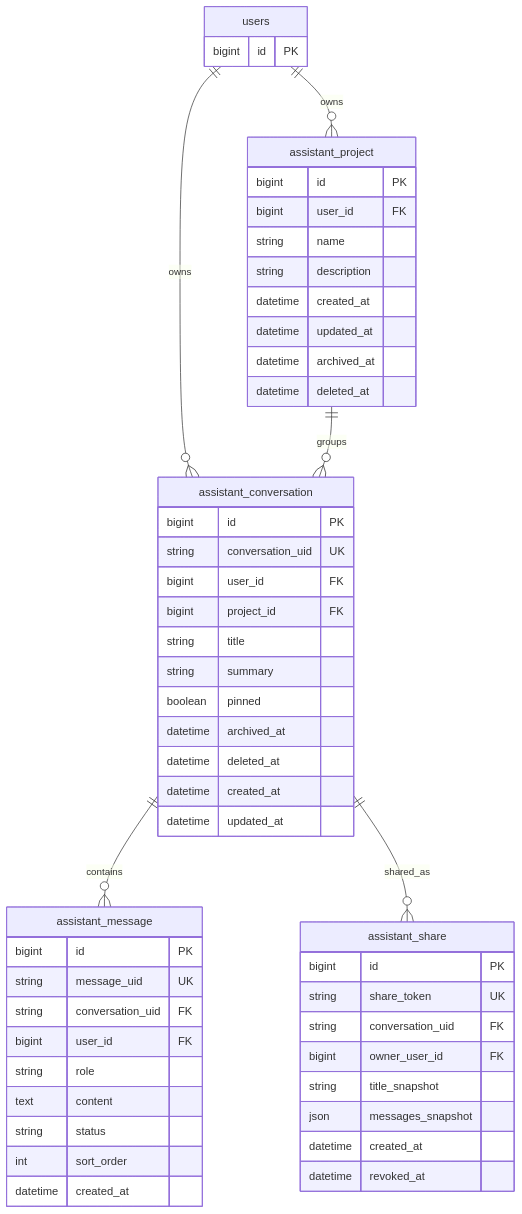
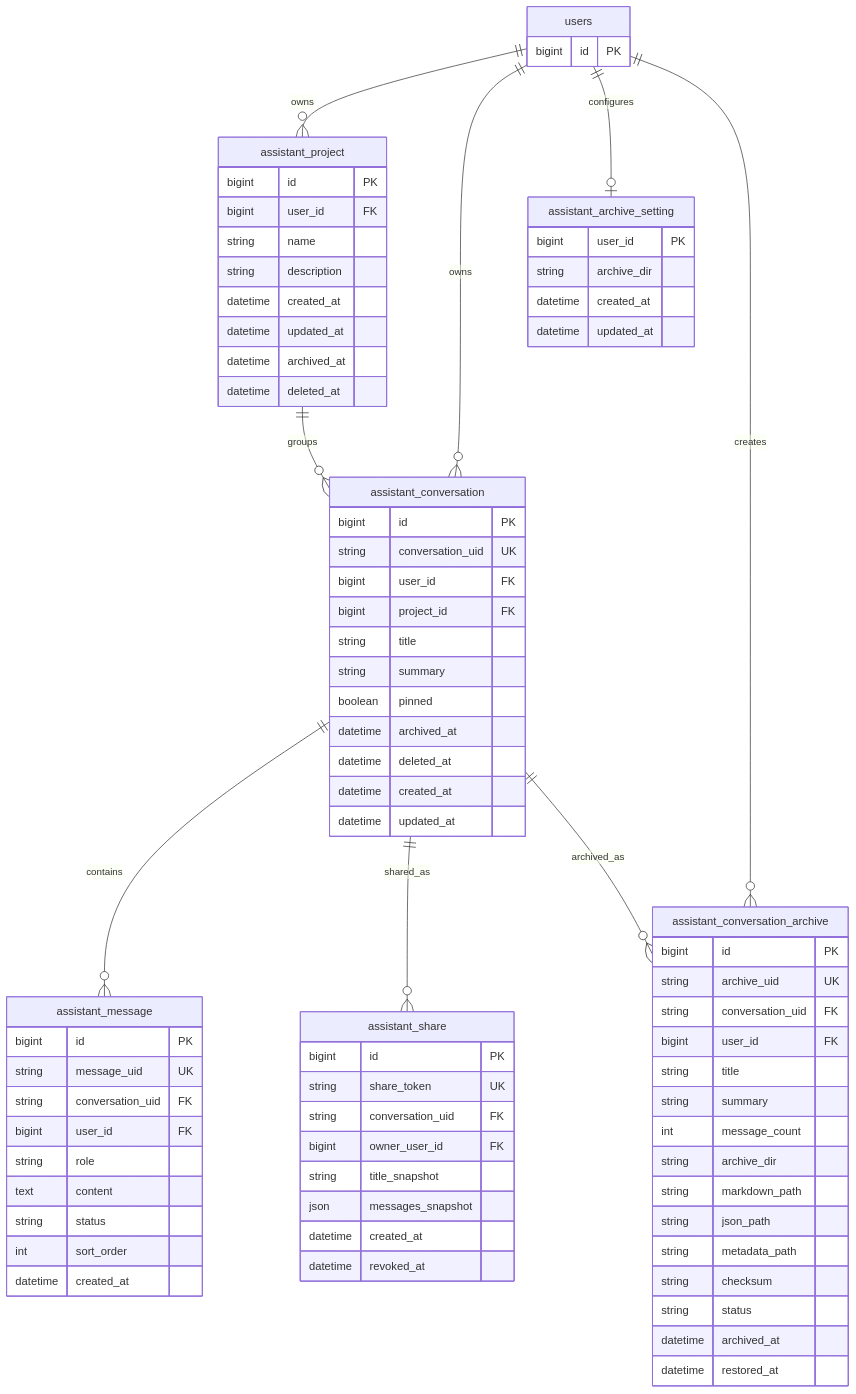
One commit to LiMing0016/personalenglishai changed the second of 5 diagrams in docs/architecture/assistant-conversation-management.md. Above: the diagram before and after it, drawn with Mermaid. The commit also changed other lines of this file and 24 other files, not shown here.

````diff
--- a/docs/architecture/assistant-conversation-management.md
+++ b/docs/architecture/assistant-conversation-management.md
@@ -122,9 +137,37 @@
     datetime revoked_at
   }
 
+  assistant_archive_setting {
+    bigint user_id PK
+    string archive_dir
+    datetime created_at
+    datetime updated_at
+  }
+
+  assistant_conversation_archive {
+    bigint id PK
+    string archive_uid UK
+    string conversation_uid FK
+    bigint user_id FK
+    string title
+    string summary
+    int message_count
+    string archive_dir
+    string markdown_path
+    string json_path
+    string metadata_path
+    string checksum
+    string status
+    datetime archived_at
+    datetime restored_at
+  }
+
   users ||--o{ assistant_project : owns
   users ||--o{ assistant_conversation : owns
+  users ||--o| assistant_archive_setting : configures
+  users ||--o{ assistant_conversation_archive : creates
   assistant_project ||--o{ assistant_conversation : groups
   assistant_conversation ||--o{ assistant_message : contains
   assistant_conversation ||--o{ assistant_share : shared_as
+  assistant_conversation ||--o{ assistant_conversation_archive : archived_as
 ```
````
